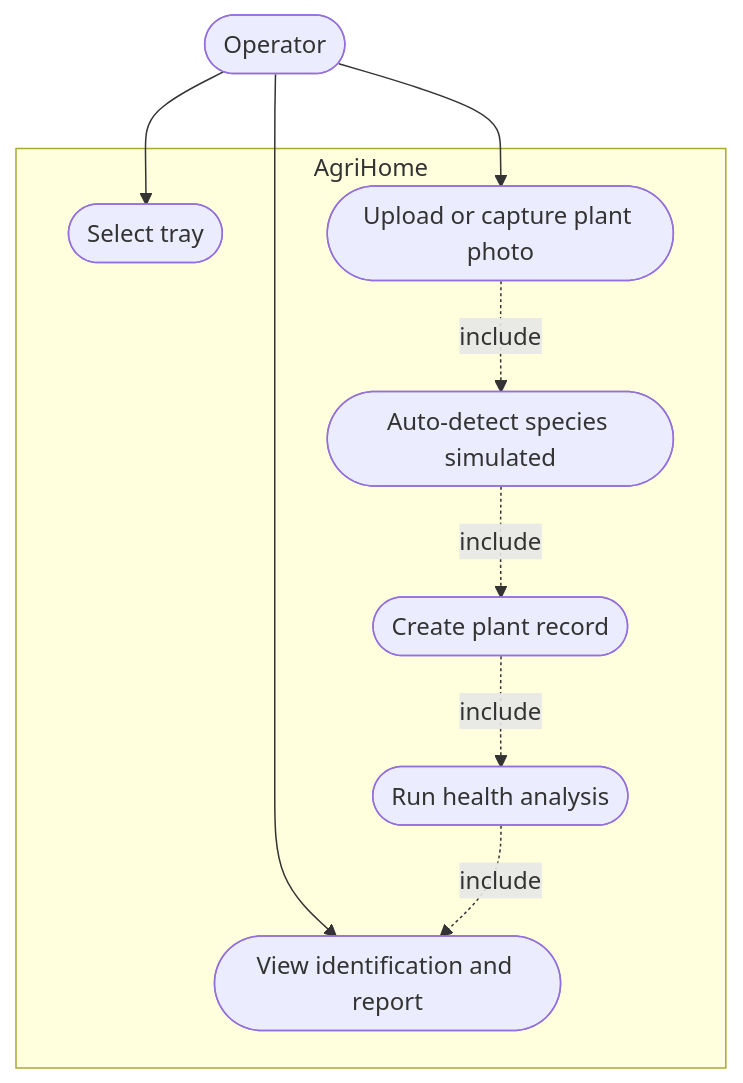
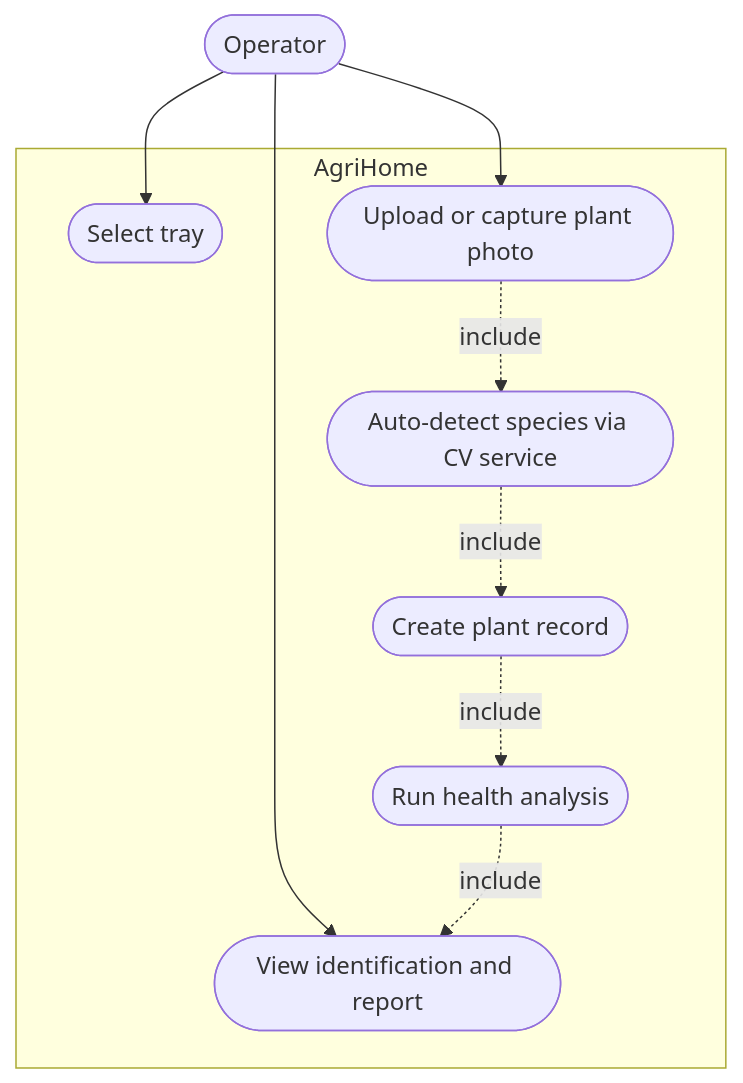
The second of 3 diagrams in docs/diagrams/04-use-cases.md (Agri-Home/agrihome), drawn with Mermaid before and after one commit. The commit also changed other lines of this file and 33 other files, not shown here.

````diff
--- a/docs/diagrams/04-use-cases.md
+++ b/docs/diagrams/04-use-cases.md
@@ -40,21 +43,21 @@
 ```mermaid
 flowchart TB
   Operator([Operator])
 
   subgraph AgriHome [AgriHome]
     UC_T([Select tray])
     UC_P([Upload or capture plant photo])
-    UC_D([Auto-detect species simulated])
+    UC_D([Auto-detect species via CV service])
     UC_C([Create plant record])
     UC_H([Run health analysis])
     UC_V([View identification and report])
   end
 
   Operator --> UC_T
   Operator --> UC_P
   Operator --> UC_V
   UC_P -.->|include| UC_D
   UC_D -.->|include| UC_C
   UC_C -.->|include| UC_H
   UC_H -.->|include| UC_V
 ```
````
